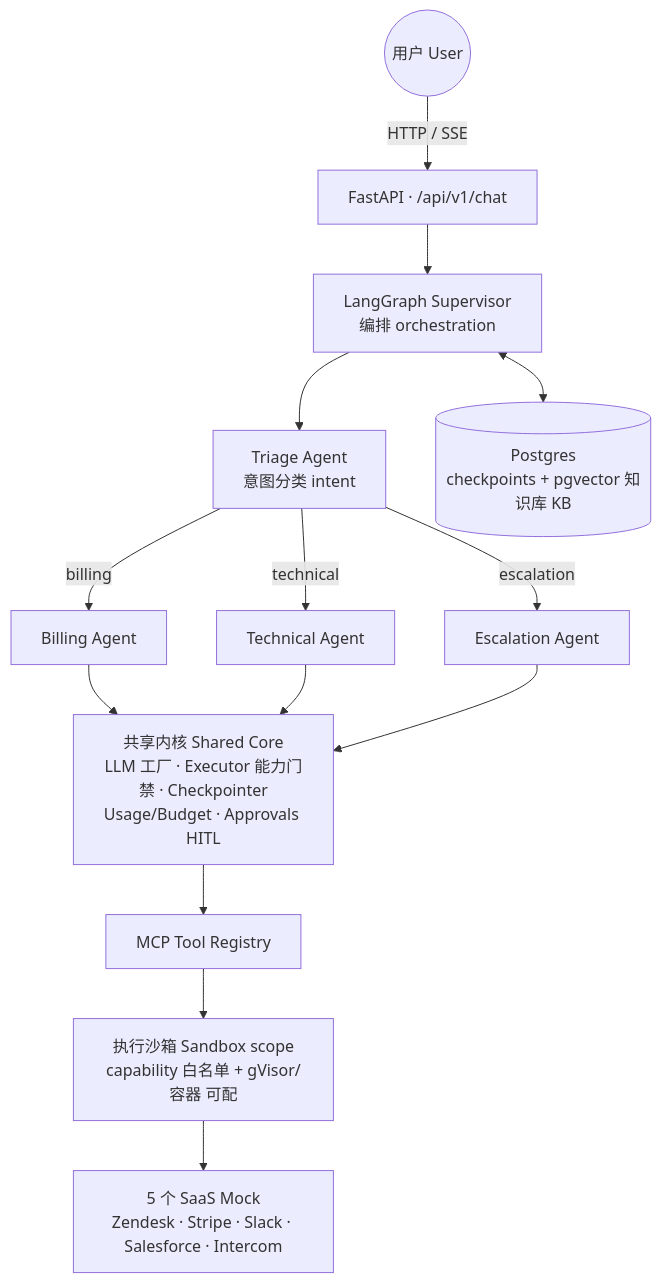
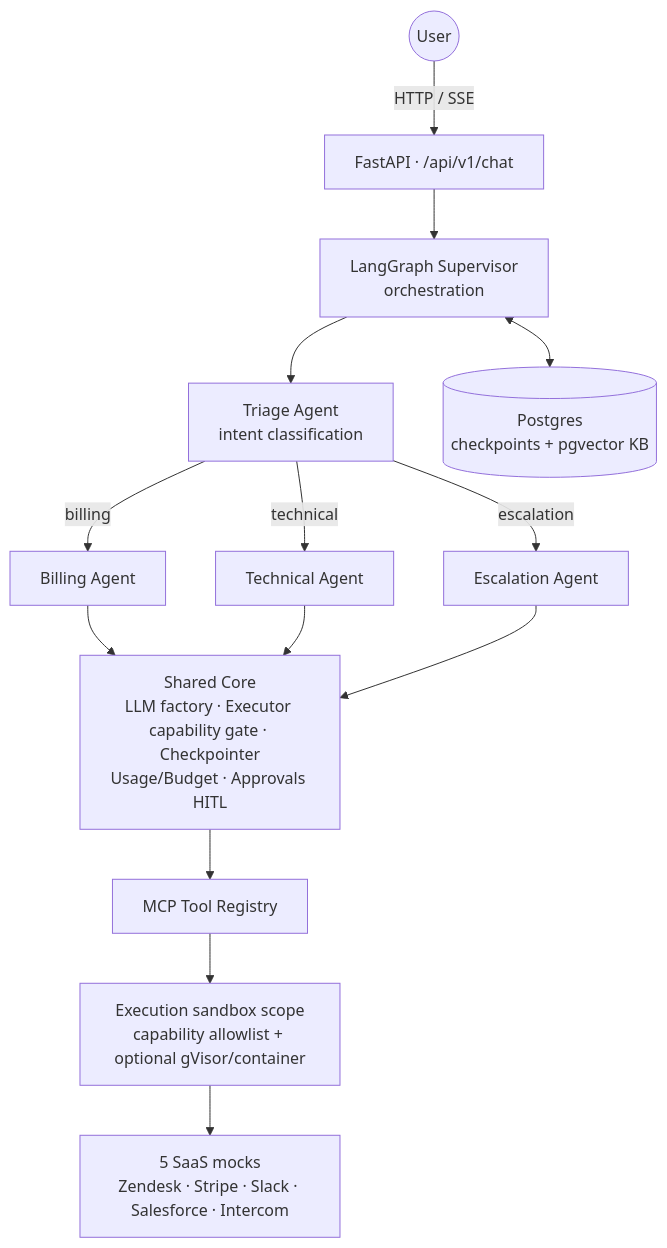
One commit to AndyUneducated/resolve-ai changed the first of 6 diagrams in README.md. Above: the diagram before and after it, drawn with Mermaid. The commit also changed other lines of this file and 79 other files, not shown here.

````diff
--- a/README.md
+++ b/README.md
@@ -54,16 +54,16 @@
 ```mermaid
 flowchart TD
-  user(("用户 User")) -->|"HTTP / SSE"| api["FastAPI · /api/v1/chat"]
-  api --> sup["LangGraph Supervisor<br/>编排 orchestration"]
-  sup --> triage["Triage Agent<br/>意图分类 intent"]
+  user(("User")) -->|"HTTP / SSE"| api["FastAPI · /api/v1/chat"]
+  api --> sup["LangGraph Supervisor<br/>orchestration"]
+  sup --> triage["Triage Agent<br/>intent classification"]
   triage -->|billing| billing["Billing Agent"]
   triage -->|technical| technical["Technical Agent"]
   triage -->|escalation| escalation["Escalation Agent"]
   billing --> core
   technical --> core
   escalation --> core
-  core["共享内核 Shared Core<br/>LLM 工厂 · Executor 能力门禁 · Checkpointer<br/>Usage/Budget · Approvals HITL"] --> mcp["MCP Tool Registry"]
-  mcp --> sandbox["执行沙箱 Sandbox scope<br/>capability 白名单 + gVisor/容器 可配"]
-  sandbox --> saas["5 个 SaaS Mock<br/>Zendesk · Stripe · Slack · Salesforce · Intercom"]
-  sup <--> store[("Postgres<br/>checkpoints + pgvector 知识库 KB")]
+  core["Shared Core<br/>LLM factory · Executor capability gate · Checkpointer<br/>Usage/Budget · Approvals HITL"] --> mcp["MCP Tool Registry"]
+  mcp --> sandbox["Execution sandbox scope<br/>capability allowlist + optional gVisor/container"]
+  sandbox --> saas["5 SaaS mocks<br/>Zendesk · Stripe · Slack · Salesforce · Intercom"]
+  sup <--> store[("Postgres<br/>checkpoints + pgvector KB")]
 ```
````
